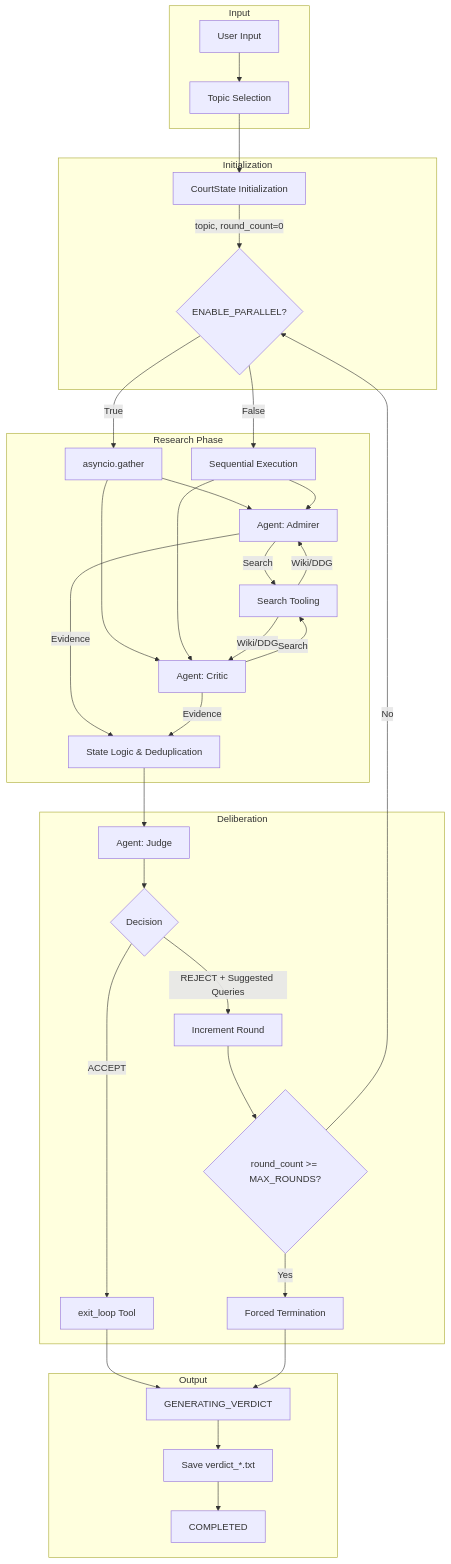
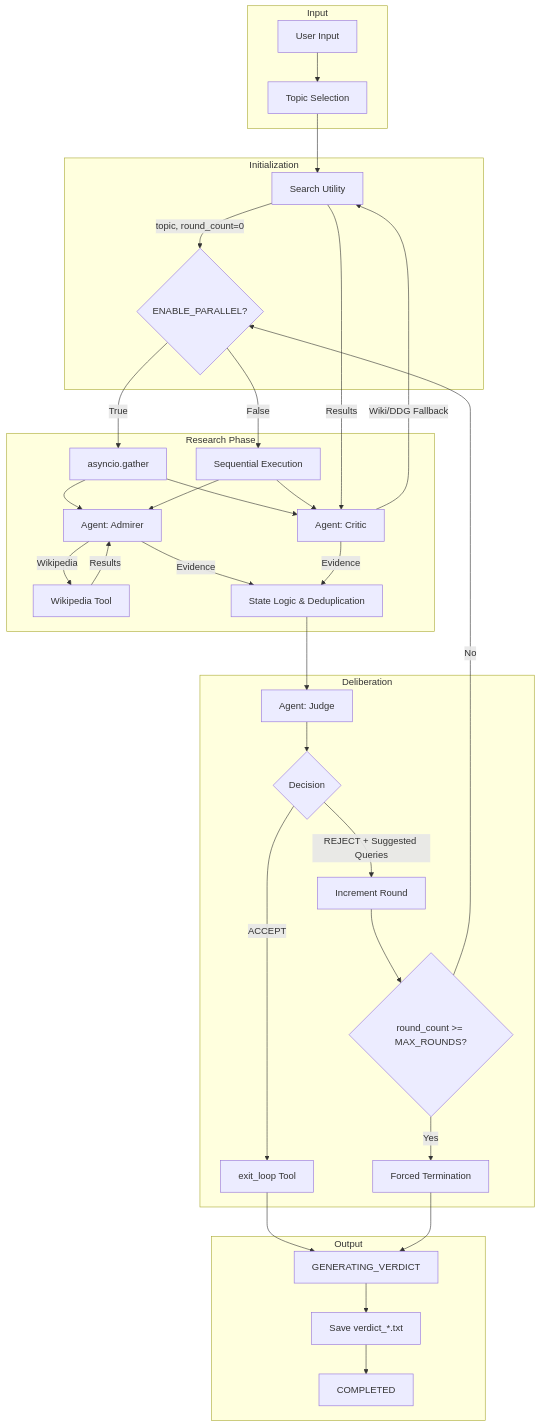
Before and after one commit to ct255/historical-court: the diagram in README.md, drawn with Mermaid. The commit also changed other lines of this file and 4 other files, not shown here.

Commit message:
Refactor README and architecture documentation; update search tooling references and remove obsolete files

````diff
--- a/README.md
+++ b/README.md
@@ -20,44 +20,44 @@
 ```mermaid
 flowchart TD
     subgraph Input
         U[User Input] --> T[Topic Selection]
     end
     
     subgraph Initialization
         T --> S[CourtState Initialization]
         S --> |topic, round_count=0| P
     end
     
     subgraph Research_Phase[Research Phase]
         P{ENABLE_PARALLEL?}
         P --> |True| AG[asyncio.gather]
         P --> |False| SEQ[Sequential Execution]
         AG --> A[Agent: Admirer]
         AG --> B[Agent: Critic]
         SEQ --> A
         SEQ --> B
-        A --> |Search| ST[Search Tooling]
-        B --> |Search| ST
-        ST --> |Wiki/DDG| A
-        ST --> |Wiki/DDG| B
+        A --> |Wikipedia| W[Wikipedia Tool]
+        B --> |Wiki/DDG Fallback| S[Search Utility]
+        W --> |Results| A
+        S --> |Results| B
         A --> |Evidence| SM[State Logic & Deduplication]
         B --> |Evidence| SM
     end
     
     subgraph Trial_Phase[Deliberation]
         SM --> J[Agent: Judge]
         J --> D{Decision}
         D --> |REJECT + Suggested Queries| INC[Increment Round]
         INC --> RC{round_count >= MAX_ROUNDS?}
         RC --> |No| P
         RC --> |Yes| FT[Forced Termination]
         D --> |ACCEPT| EX[exit_loop Tool]
     end
     
     subgraph Output
         EX --> GV[GENERATING_VERDICT]
         FT --> GV
         GV --> V[Save verdict_*.txt]
         V --> F[COMPLETED]
     end
 ```
````
